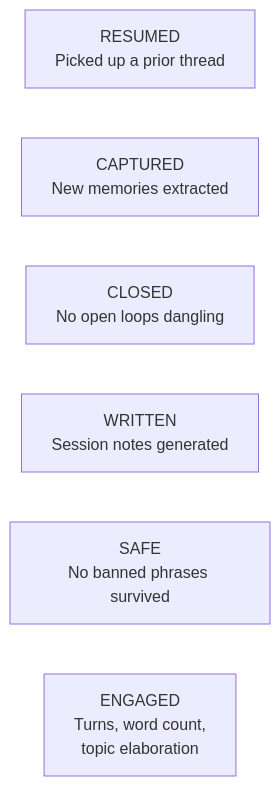
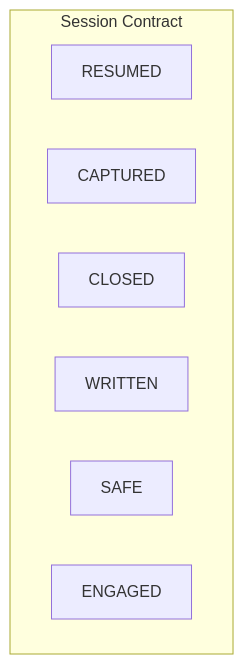
One commit to tejaskh3/sarvam-buildathon changed the third of 4 diagrams in README.md. Above: the diagram before and after it, drawn with Mermaid. The commit also changed other lines of this file, not shown here.

First line of the commit message:
docs: redesign mermaid diagrams to fix overlapping lines

````diff
--- a/README.md
+++ b/README.md
@@ -87,9 +81,12 @@
 ```mermaid
 flowchart LR
-  R["RESUMED\nPicked up a prior thread"]
-  C["CAPTURED\nNew memories extracted"]
-  CL["CLOSED\nNo open loops dangling"]
-  W["WRITTEN\nSession notes generated"]
-  S["SAFE\nNo banned phrases survived"]
-  E["ENGAGED\nTurns, word count,\ntopic elaboration"]
+  subgraph contract["Session Contract"]
+    direction LR
+    R["RESUMED"]
+    C["CAPTURED"]
+    CL["CLOSED"]
+    W["WRITTEN"]
+    S["SAFE"]
+    E["ENGAGED"]
+  end
 ```
````
